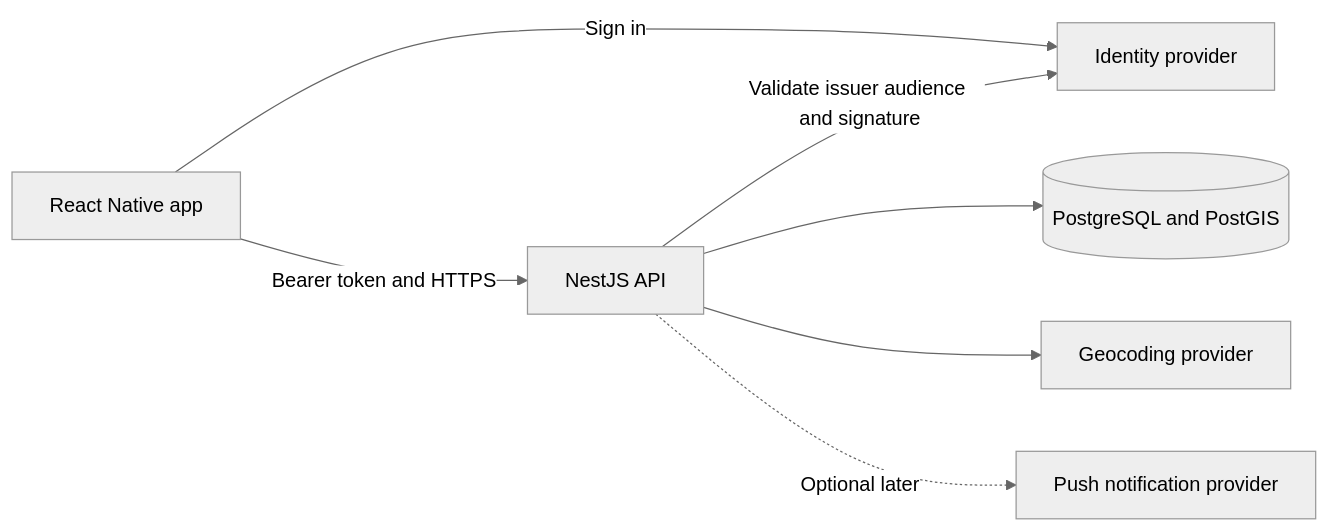
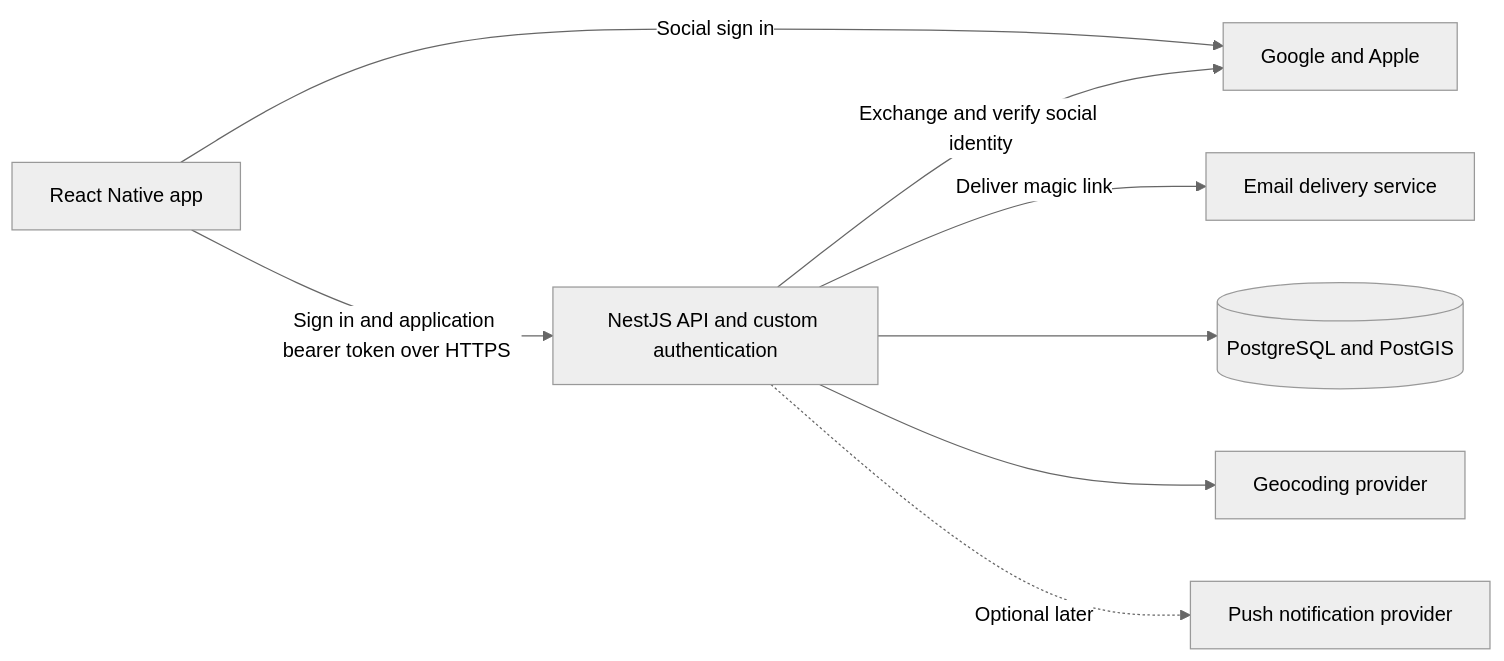
Before and after one commit to alessandroferraridev/magic-session-planner-docs: the diagram in architecture.md, drawn with Mermaid (neutral theme). The commit also changed other lines of this file and 7 other files, not shown here.

Commit message:
docs: define custom authentication and Gitflow workflow

````diff
--- a/architecture.md
+++ b/architecture.md
@@ -25,9 +25,10 @@
 ```mermaid
 flowchart LR
-    Player[React Native app] -->|Sign in| Identity[Identity provider]
-    Player -->|Bearer token and HTTPS| API[NestJS API]
-    API -->|Validate issuer audience and signature| Identity
+    Player[React Native app] -->|Sign in and application bearer token over HTTPS| API[NestJS API and custom authentication]
+    Player -->|Social sign in| Social[Google and Apple]
+    API -->|Exchange and verify social identity| Social
+    API -->|Deliver magic link| Email[Email delivery service]
     API --> DB[(PostgreSQL and PostGIS)]
     API --> Geo[Geocoding provider]
     API -. Optional later .-> Push[Push notification provider]
 ```
````
